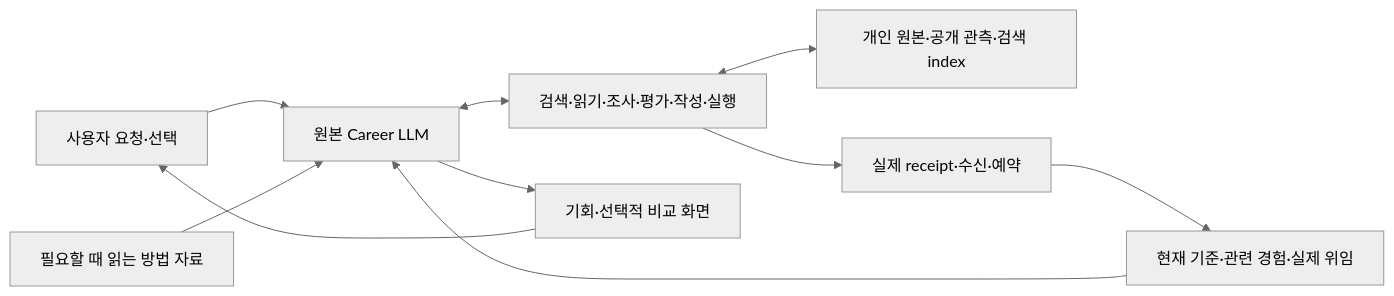
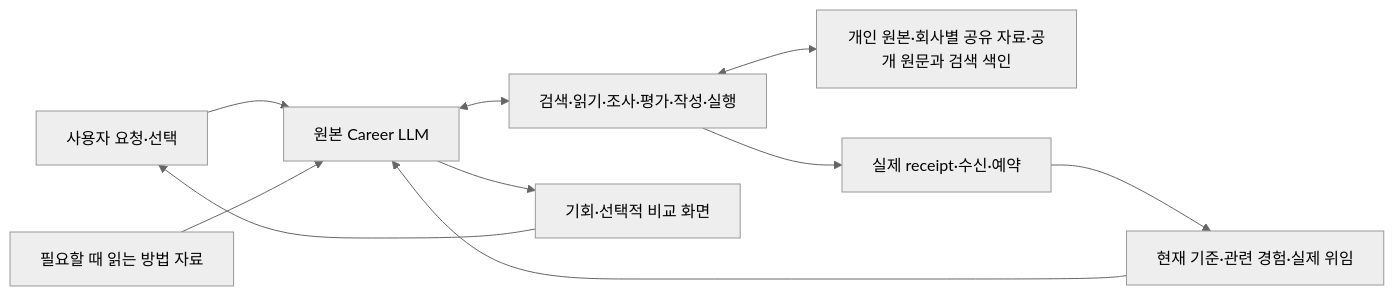
Before and after one commit to matchharper/harper_beta: the diagram in docs/career-agent-final-implementation-plan-ko.md, drawn with Mermaid (neutral theme). The commit also changed other lines of this file and 496 other files, not shown here.

````diff
--- a/docs/career-agent-final-implementation-plan-ko.md
+++ b/docs/career-agent-final-implementation-plan-ko.md
@@ -544,12 +627,12 @@
 ```mermaid
 flowchart LR
   U[사용자 요청·선택] --> A[원본 Career LLM]
   C[현재 기준·관련 경험·실제 위임] --> A
   M[필요할 때 읽는 방법 자료] --> A
   A <--> T[검색·읽기·조사·평가·작성·실행]
-  T <--> P[개인 원본·공개 관측·검색 index]
+  T <--> P[개인 원본·회사별 공유 자료·공개 원문과 검색 색인]
   A --> V[기회·선택적 비교 화면]
   V --> U
   T --> E[실제 receipt·수신·예약]
   E --> C
 ```
````
